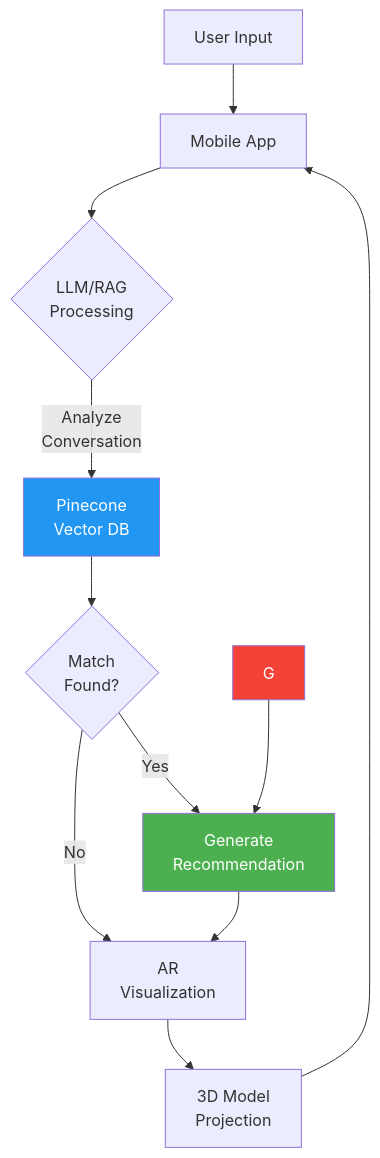
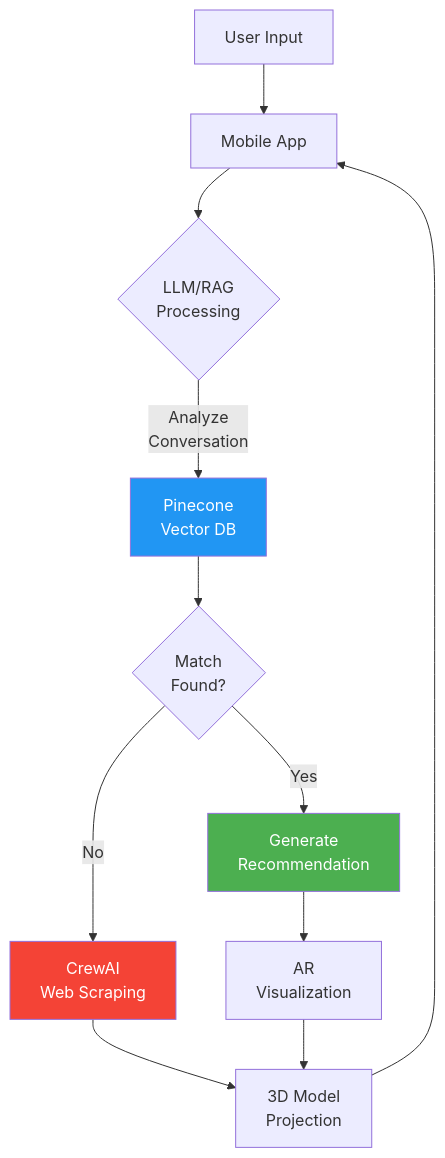
One commit to Moaz108/Ablakash changed the diagram in README.md. Above: the diagram before and after it, drawn with Mermaid.

````diff
--- a/README.md
+++ b/README.md
@@ -63,18 +63,18 @@
 ```mermaid
 graph TD
     A[User Input] --> B[Mobile App]
     B --> C{LLM/RAG<br/>Processing}
     C -->|Analyze<br/>Conversation| D[Pinecone<br/>Vector DB]
     D --> E{Match<br/>Found?}
     E -->|Yes| F[Generate<br/>Recommendation]
-    E -->|No| H[CrewAI<br/>Web Scraping]
-    G --> F
+    E -->|No| G[CrewAI<br/>Web Scraping]
+    G --> I
     F --> H[AR<br/>Visualization]
     H --> I[3D Model<br/>Projection]
     I -->B
 
     
     style F fill:#4CAF50,color:white
     style G fill:#F44336,color:white
     style D fill:#2196F3,color:white
 ```
````
